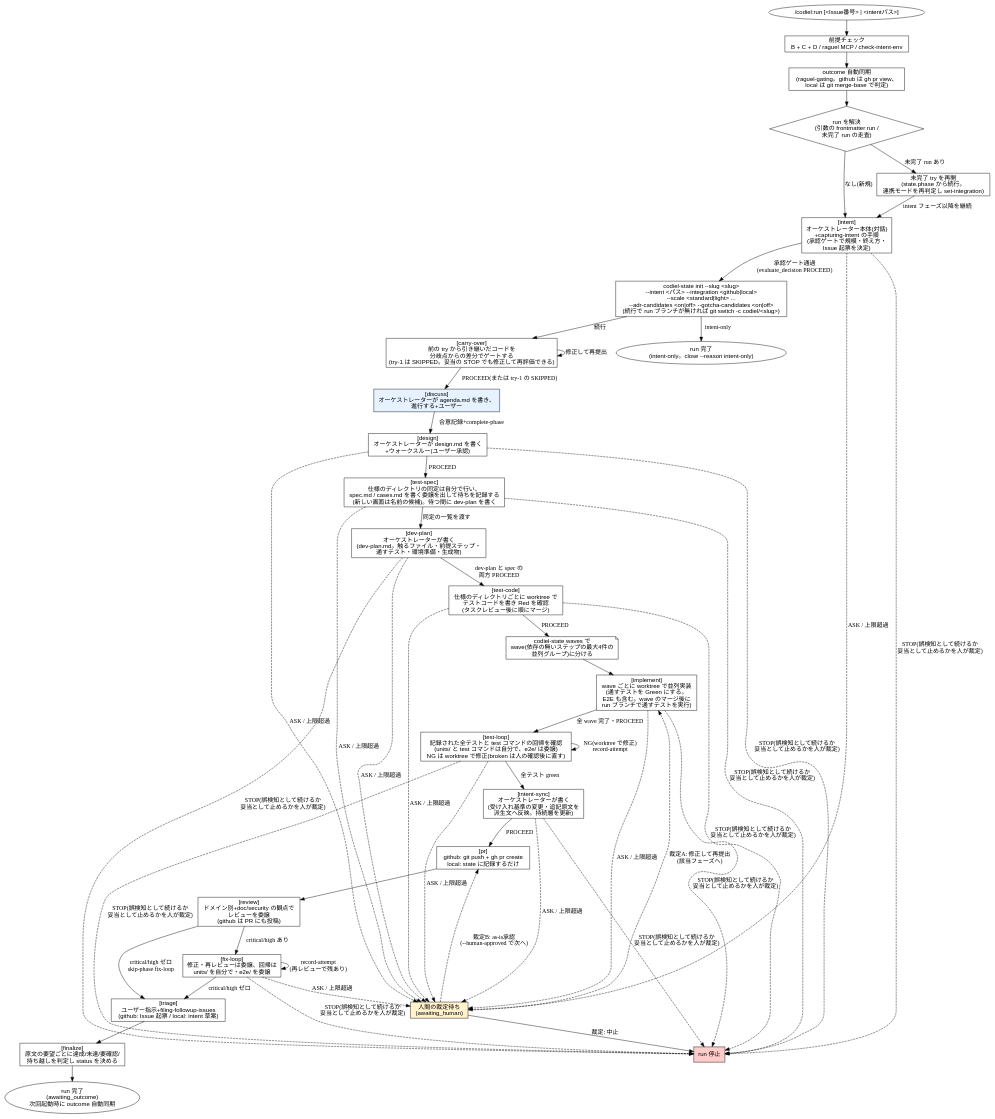
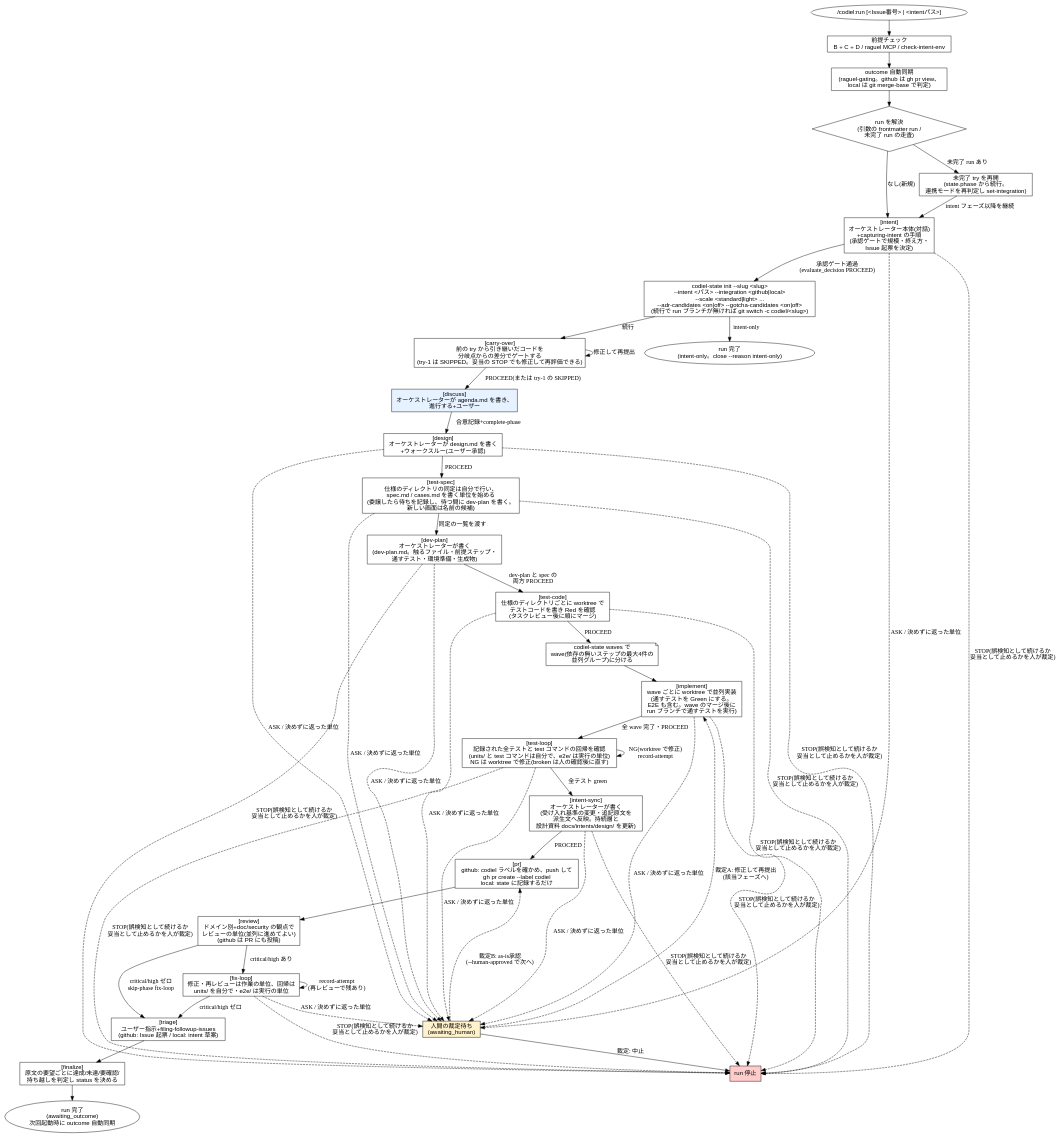
One commit to Amatsuka-kobo/amatsuka-claude-plugins changed diagram 14 of 14 in plugins/codiel/docs/skill-flowcharts.md. Above: the diagram before and after it, drawn with Graphviz. The commit also changed other lines of this file and 4 other files, not shown here.

````diff
--- a/plugins/codiel/docs/skill-flowcharts.md
+++ b/plugins/codiel/docs/skill-flowcharts.md
@@ -574,69 +570,69 @@
 ```dot
 digraph codiel_run {
   rankdir=TB;
   node [fontname="sans-serif"];
 
   start [label="/codiel:run [<Issue番号> | <intentパス>]", shape=ellipse];
   precheck [label="前提チェック\nB + C + D / raguel MCP / check-intent-env", shape=box];
   sync [label="outcome 自動同期\n(raguel-gating。github は gh pr view、\nlocal は git merge-base で判定)", shape=box];
   resolve [label="run を解決\n(引数の frontmatter run /\n未完了 run の走査)", shape=diamond];
   resume [label="未完了 try を再開\n(state.phase から続行。\n連携モードを再判定し set-integration)", shape=box];
 
   intent [label="[intent]\nオーケストレーター本体(対話)\n+capturing-intent の手順\n(承認ゲートで規模・終え方・\nIssue 起票を決定)", shape=box];
   intent_init [label="codiel-state init --slug <slug>\n--intent <パス> --integration <github|local>\n--scale <standard|light> ...\n--adr-candidates <on|off> --gotcha-candidates <on|off>\n(続行で run ブランチが無ければ git switch -c codiel/<slug>)", shape=box];
   carryover [label="[carry-over]\n前の try から引き継いだコードを\n分岐点からの差分でゲートする\n(try-1 は SKIPPED。妥当の STOP でも修正して再評価できる)", shape=box];
   discuss [label="[discuss]\nオーケストレーターが agenda.md を書き、\n進行する+ユーザー", shape=box, style=filled, fillcolor="#e6f2ff"];
   design [label="[design]\nオーケストレーターが design.md を書く\n+ウォークスルー(ユーザー承認)", shape=box];
-  testspec [label="[test-spec]\n仕様のディレクトリの同定は自分で行い、\nspec.md / cases.md を書く委譲を出して待ちを記録する\n(新しい画面は名前の候補)。待つ間に dev-plan を書く", shape=box];
+  testspec [label="[test-spec]\n仕様のディレクトリの同定は自分で行い、\nspec.md / cases.md を書く単位を始める\n(委譲したら待ちを記録し、待つ間に dev-plan を書く。\n新しい画面は名前の候補)", shape=box];
   devplan [label="[dev-plan]\nオーケストレーターが書く\n(dev-plan.md。触るファイル・前提ステップ・\n通すテスト・環境準備・生成物)", shape=box];
   testcode [label="[test-code]\n仕様のディレクトリごとに worktree で\nテストコードを書き Red を確認\n(タスクレビュー後に順にマージ)", shape=box];
   waves [label="codiel-state waves で\nwave(依存の無いステップの最大4件の\n並列グループ)に分ける", shape=note];
   implement [label="[implement]\nwave ごとに worktree で並列実装\n(通すテストを Green にする。\nE2E も含む。wave のマージ後に\nrun ブランチで通すテストを実行)", shape=box];
-  testloop [label="[test-loop]\n記録された全テストと test コマンドの回帰を確認\n(units/ と test コマンドは自分で、e2e/ は委譲)\nNG は worktree で修正(broken は人の確認後に直す)", shape=box];
-  intentsync [label="[intent-sync]\nオーケストレーターが書く\n(受け入れ基準の変更・追記原文を\n派生文へ反映。持続層を更新)", shape=box];
-  pr [label="[pr]\ngithub: git push + gh pr create\nlocal: state に記録するだけ", shape=box];
-  review [label="[review]\nドメイン別+doc/security の観点で\nレビューを委譲\n(github は PR にも投稿)", shape=box];
-  fixloop [label="[fix-loop]\n修正・再レビューは委譲、回帰は\nunits/ を自分で・e2e/ を委譲", shape=box];
+  testloop [label="[test-loop]\n記録された全テストと test コマンドの回帰を確認\n(units/ と test コマンドは自分で、e2e/ は実行の単位)\nNG は worktree で修正(broken は人の確認後に直す)", shape=box];
+  intentsync [label="[intent-sync]\nオーケストレーターが書く\n(受け入れ基準の変更・追記原文を\n派生文へ反映。持続層と\n設計資料 docs/intents/design/ を更新)", shape=box];
+  pr [label="[pr]\ngithub: codiel ラベルを確かめ、push して\ngh pr create --label codiel\nlocal: state に記録するだけ", shape=box];
+  review [label="[review]\nドメイン別+doc/security の観点で\nレビューの単位(並列に進めてよい)\n(github は PR にも投稿)", shape=box];
+  fixloop [label="[fix-loop]\n修正・再レビューは作業の単位、回帰は\nunits/ を自分で・e2e/ は実行の単位", shape=box];
   triage [label="[triage]\nユーザー指示+filing-followup-issues\n(github: Issue 起票 / local: intent 草案)", shape=box];
   finalize [label="[finalize]\n原文の要望ごとに達成/未達/要確認/\n持ち越しを判定し status を決める", shape=box];
 
   human [label="人間の裁定待ち\n(awaiting_human)", shape=box, style=filled, fillcolor="#fff2cc"];
   stopped [label="run 停止", shape=box, style=filled, fillcolor="#ffcccc"];
   outcome [label="run 完了\n(awaiting_outcome)\n次回起動時に outcome 自動同期", shape=ellipse];
   intentonly [label="run 完了\n(intent-only。close --reason intent-only)", shape=ellipse];
 
   start -> precheck -> sync -> resolve;
   resolve -> resume [label="未完了 run あり"];
   resolve -> intent [label="なし(新規)"];
   resume -> intent [label="intent フェーズ以降を継続"];
 
   intent -> intent_init [label="承認ゲート通過\n(evaluate_decision PROCEED)"];
   intent_init -> carryover [label="続行"];
   intent_init -> intentonly [label="intent-only"];
   carryover -> discuss [label="PROCEED(または try-1 の SKIPPED)"];
   carryover -> carryover [label="修正して再提出"];
   discuss -> design [label="合意記録+complete-phase"];
   design -> testspec [label="PROCEED"];
   testspec -> devplan [label="同定の一覧を渡す"];
   devplan -> testcode [label="dev-plan と spec の\n両方 PROCEED"];
   testcode -> waves [label="PROCEED"];
   waves -> implement;
   implement -> testloop [label="全 wave 完了・PROCEED"];
   testloop -> testloop [label="NG(worktree で修正)\nrecord-attempt"];
   testloop -> intentsync [label="全テスト green"];
   intentsync -> pr [label="PROCEED"];
   pr -> review;
   review -> fixloop [label="critical/high あり"];
   review -> triage [label="critical/high ゼロ\nskip-phase fix-loop"];
   fixloop -> fixloop [label="record-attempt\n(再レビューで残あり)"];
   fixloop -> triage [label="critical/high ゼロ"];
   triage -> finalize;
   finalize -> outcome;
 
-  { intent design testspec devplan testcode implement testloop intentsync fixloop } -> human [label="ASK / 上限超過", style=dashed];
+  { intent design testspec devplan testcode implement testloop intentsync fixloop } -> human [label="ASK / 決めずに返った単位", style=dashed];
   { intent design testspec devplan testcode implement testloop intentsync fixloop } -> stopped [label="STOP(誤検知として続けるか\n妥当として止めるかを人が裁定)", style=dashed];
   human -> stopped [label="裁定: 中止"];
   human -> implement [label="裁定A: 修正して再提出\n(該当フェーズへ)", style=dashed];
   human -> pr [label="裁定B: as-is承認\n(--human-approved で次へ)", style=dashed];
 }
 ```
````
